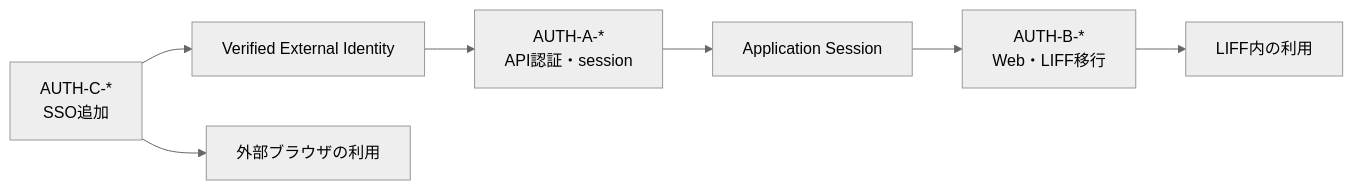
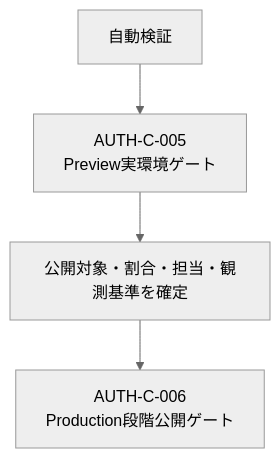
Before and after one commit to kkyosuke/me-builder: the diagram in docs/development/web-authentication-remaining-tasks.md, drawn with Mermaid (neutral theme). The commit also changed other lines of this file and 19 other files, not shown here.

````diff
--- a/docs/development/web-authentication-remaining-tasks.md
+++ b/docs/development/web-authentication-remaining-tasks.md
@@ -36,9 +34,6 @@
 ```mermaid
-flowchart LR
-    A[AUTH-A-*<br/>API認証・session] --> AS[Application Session]
-    AS --> B[AUTH-B-*<br/>Web・LIFF移行]
-    C[AUTH-C-*<br/>SSO追加] --> VI[Verified External Identity]
-    VI --> A
-    B --> LB[LIFF内の利用]
-    C --> EB[外部ブラウザの利用]
+flowchart TD
+    A[自動検証] --> P[AUTH-C-005<br/>Preview実環境ゲート]
+    P --> R[公開対象・割合・担当・観測基準を確定]
+    R --> D[AUTH-C-006<br/>Production段階公開ゲート]
 ```
````
